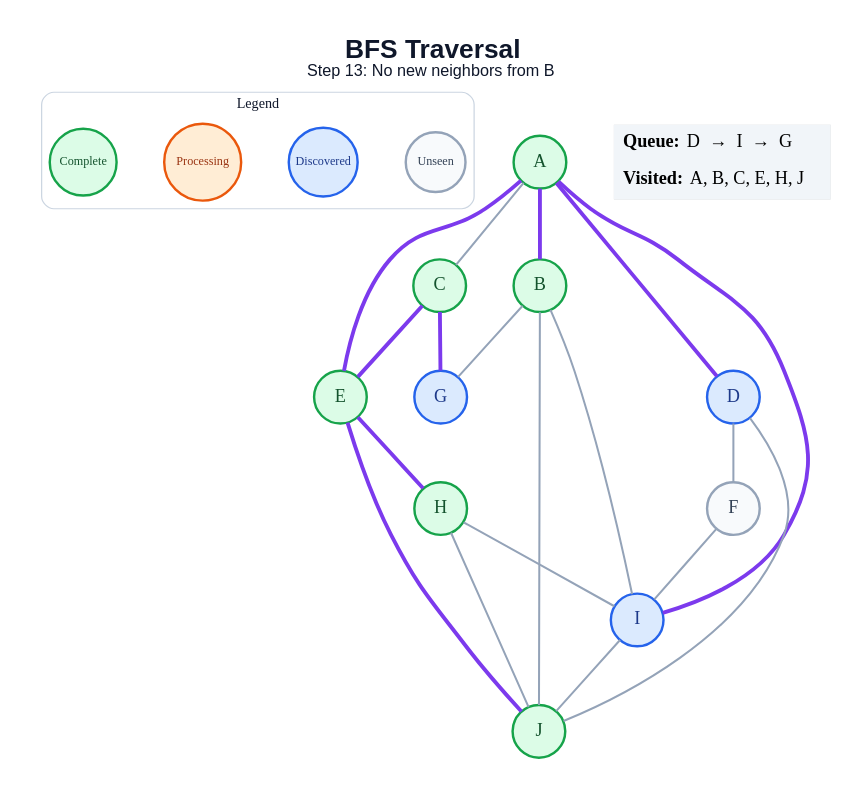
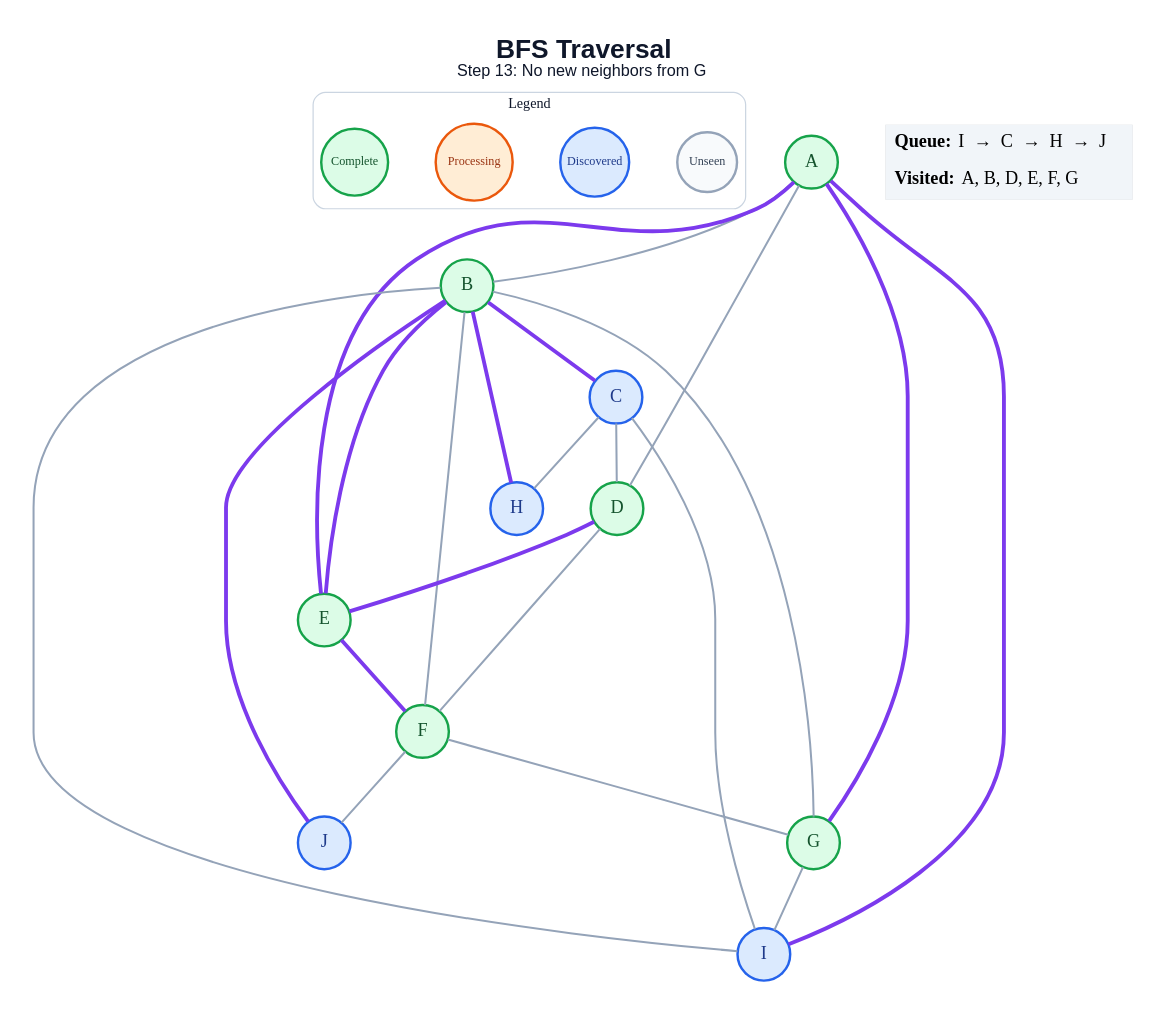
Before and after one commit to amanghodawala9/ai-slop: the diagram in generated/specific-node/bfs/step_13.dot, drawn with Graphviz. The commit also changed 178 other files, not shown here.

```diff
--- a/generated/specific-node/bfs/step_13.dot
+++ b/generated/specific-node/bfs/step_13.dot
@@ -1,47 +1,50 @@
 graph traversal {
   graph [layout=dot, rankdir=TB, bgcolor="#FFFFFF", pad="0.35", nodesep="0.65", ranksep="0.8", fontname="Arial"];
   node [shape=circle, style="filled", fontname="Arial Bold", fontsize=18, width=0.72, fixedsize=true, penwidth=2.4];
   edge [color="#94A3B8", penwidth=2.0];
-  label=<<B>BFS Traversal</B><BR/><FONT POINT-SIZE="16">Step 13: No new neighbors from B</FONT>>; labelloc="t"; fontsize=26; fontname="Arial"; fontcolor="#0F172A";
+  label=<<B>BFS Traversal</B><BR/><FONT POINT-SIZE="16">Step 13: No new neighbors from G</FONT>>; labelloc="t"; fontsize=26; fontname="Arial"; fontcolor="#0F172A";
   subgraph cluster_legend { label="Legend"; color="#CBD5E1"; penwidth=1.2; style="rounded"; fontsize=14; fontname="Arial Bold";
     key_unseen [label="Unseen", fillcolor="#F8FAFC", color="#94A3B8", fontcolor="#334155", fontsize=12, width=0.82];
     key_frontier [label="Discovered", fillcolor="#DBEAFE", color="#2563EB", fontcolor="#1E3A8A", fontsize=12, width=0.95];
     key_current [label="Processing", fillcolor="#FFEDD5", color="#EA580C", fontcolor="#9A3412", fontsize=12, width=1.05];
     key_done [label="Complete", fillcolor="#DCFCE7", color="#16A34A", fontcolor="#14532D", fontsize=12, width=0.92];
     { rank=same; key_unseen; key_frontier; key_current; key_done; }
   }
   A [fillcolor="#DCFCE7", color="#16A34A", fontcolor="#14532D"];
   B [fillcolor="#DCFCE7", color="#16A34A", fontcolor="#14532D"];
-  C [fillcolor="#DCFCE7", color="#16A34A", fontcolor="#14532D"];
-  D [fillcolor="#DBEAFE", color="#2563EB", fontcolor="#1E3A8A"];
+  C [fillcolor="#DBEAFE", color="#2563EB", fontcolor="#1E3A8A"];
+  D [fillcolor="#DCFCE7", color="#16A34A", fontcolor="#14532D"];
   E [fillcolor="#DCFCE7", color="#16A34A", fontcolor="#14532D"];
-  F [fillcolor="#F8FAFC", color="#94A3B8", fontcolor="#334155"];
-  G [fillcolor="#DBEAFE", color="#2563EB", fontcolor="#1E3A8A"];
-  H [fillcolor="#DCFCE7", color="#16A34A", fontcolor="#14532D"];
+  F [fillcolor="#DCFCE7", color="#16A34A", fontcolor="#14532D"];
+  G [fillcolor="#DCFCE7", color="#16A34A", fontcolor="#14532D"];
+  H [fillcolor="#DBEAFE", color="#2563EB", fontcolor="#1E3A8A"];
   I [fillcolor="#DBEAFE", color="#2563EB", fontcolor="#1E3A8A"];
-  J [fillcolor="#DCFCE7", color="#16A34A", fontcolor="#14532D"];
-  A -- B [color="#7C3AED", penwidth=3.8];
-  A -- C;
-  A -- D [color="#7C3AED", penwidth=3.8];
+  J [fillcolor="#DBEAFE", color="#2563EB", fontcolor="#1E3A8A"];
+  A -- B;
+  A -- D;
   A -- E [color="#7C3AED", penwidth=3.8];
+  A -- G [color="#7C3AED", penwidth=3.8];
   A -- I [color="#7C3AED", penwidth=3.8];
+  B -- C [color="#7C3AED", penwidth=3.8];
+  B -- E [color="#7C3AED", penwidth=3.8];
+  B -- F;
   B -- G;
+  B -- H [color="#7C3AED", penwidth=3.8];
   B -- I;
-  B -- J;
-  C -- E [color="#7C3AED", penwidth=3.8];
-  C -- G [color="#7C3AED", penwidth=3.8];
+  B -- J [color="#7C3AED", penwidth=3.8];
+  C -- D;
+  C -- H;
+  C -- I;
+  D -- E [color="#7C3AED", penwidth=3.8];
   D -- F;
-  D -- J;
-  E -- H [color="#7C3AED", penwidth=3.8];
-  E -- J [color="#7C3AED", penwidth=3.8];
-  F -- I;
-  H -- I;
-  H -- J;
-  I -- J;
+  E -- F [color="#7C3AED", penwidth=3.8];
+  F -- G;
+  F -- J;
+  G -- I;
   status [shape=plain, fixedsize=false, width=0, height=0, margin=0, label=<
     <TABLE BORDER="0" CELLBORDER="0" CELLPADDING="7" BGCOLOR="#F1F5F9">
-      <TR><TD ALIGN="LEFT"><B>Queue:</B> D  →  I  →  G</TD></TR>
-      <TR><TD ALIGN="LEFT"><B>Visited:</B> A, B, C, E, H, J</TD></TR>
+      <TR><TD ALIGN="LEFT"><B>Queue:</B> I  →  C  →  H  →  J</TD></TR>
+      <TR><TD ALIGN="LEFT"><B>Visited:</B> A, B, D, E, F, G</TD></TR>
     </TABLE>
   >];
 }
```
